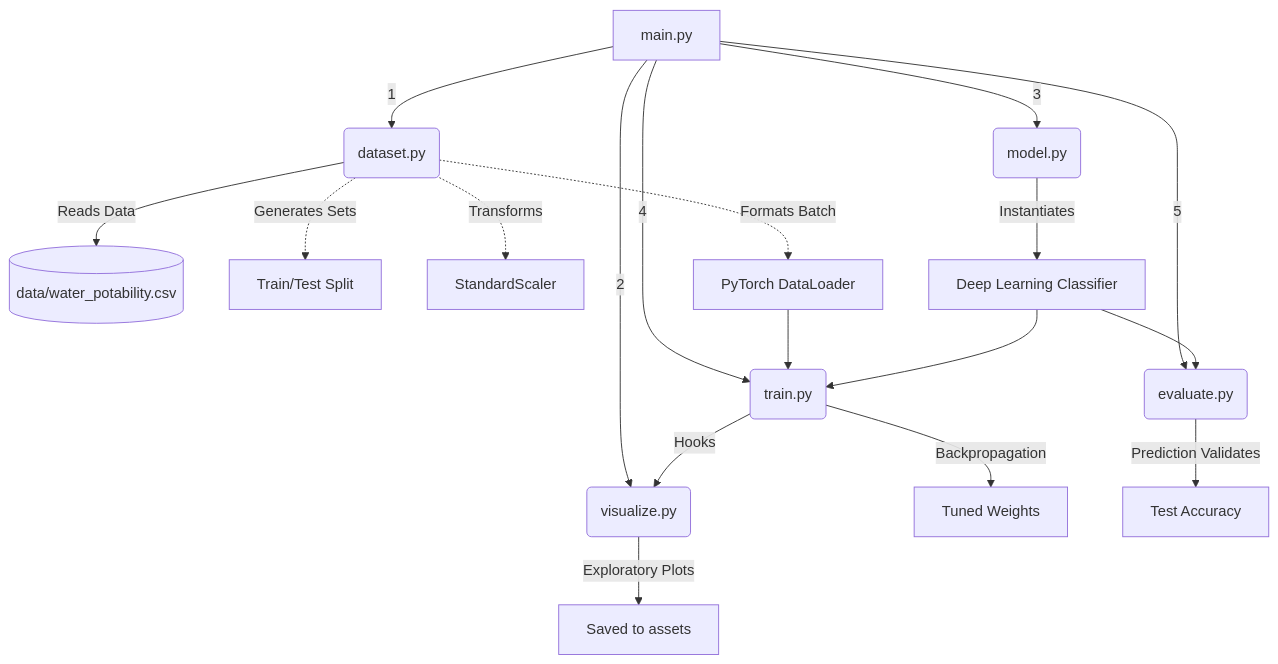
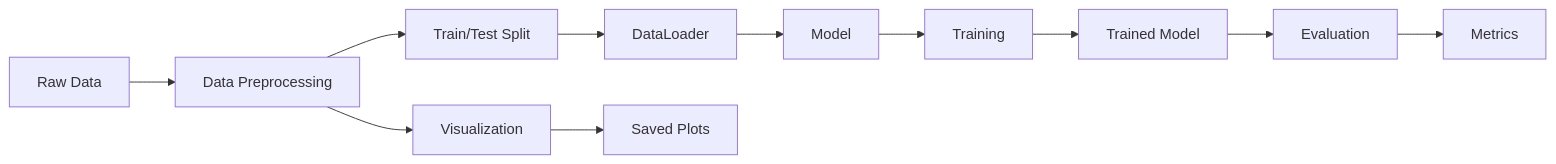
The diagram in README.md (AvazAsgarov/water-potability-predictor), drawn with Mermaid before and after one commit.

Commit message:
Revise application architecture diagram
Updated the architecture diagram to reflect new data flow.

````diff
--- a/README.md
+++ b/README.md
@@ -145,24 +145,6 @@
 ```mermaid
-graph TD;
-    A[main.py] -->|1| B(dataset.py)
-    B -->|Reads Data| D[(data/water_potability.csv)]
-    B -.->|Generates Sets| E[Train/Test Split]
-    B -.->|Transforms| F[StandardScaler]
-    B -.->|Formats Batch| G[PyTorch DataLoader]
-    
-    A -->|2| H(visualize.py)
-    H -->|Exploratory Plots| I[Saved to assets]
-    
-    A -->|3| J(model.py)
-    J -->|Instantiates| K[Deep Learning Classifier]
-    
-    A -->|4| L(train.py)
-    G --> L
-    K --> L
-    L -->|Backpropagation| M[Tuned Weights]
-    L -->|Hooks| H
-    
-    A -->|5| N(evaluate.py)
-    K --> N
-    N -->|Prediction Validates| O[Test Accuracy]
+graph LR;
+    A[Raw Data] --> B[Data Preprocessing] --> C[Train/Test Split] --> D[DataLoader] --> E[Model] --> F[Training] --> G[Trained Model] --> H[Evaluation] --> I[Metrics]
+
+    B --> J[Visualization] --> K[Saved Plots]
 ```
````
